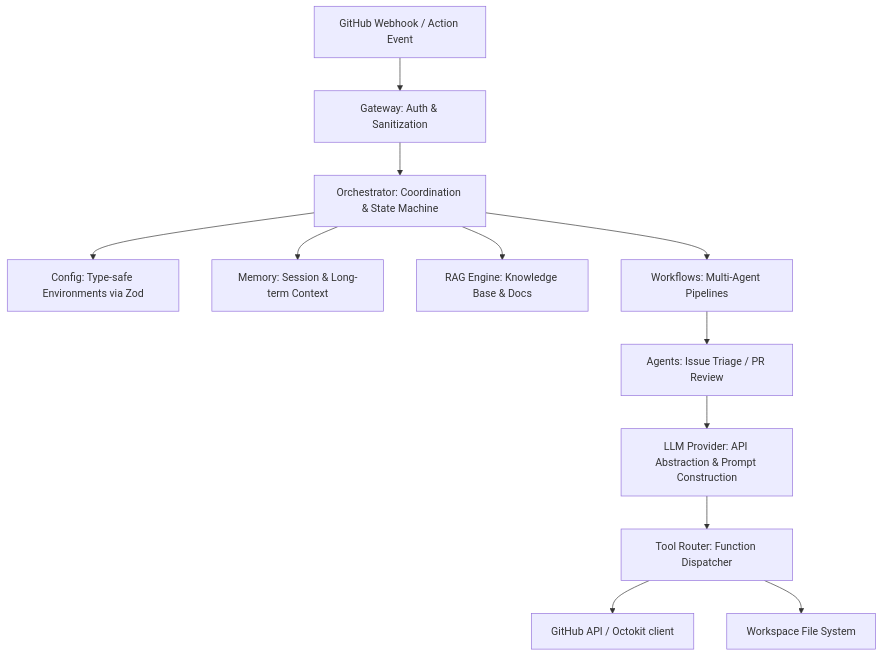
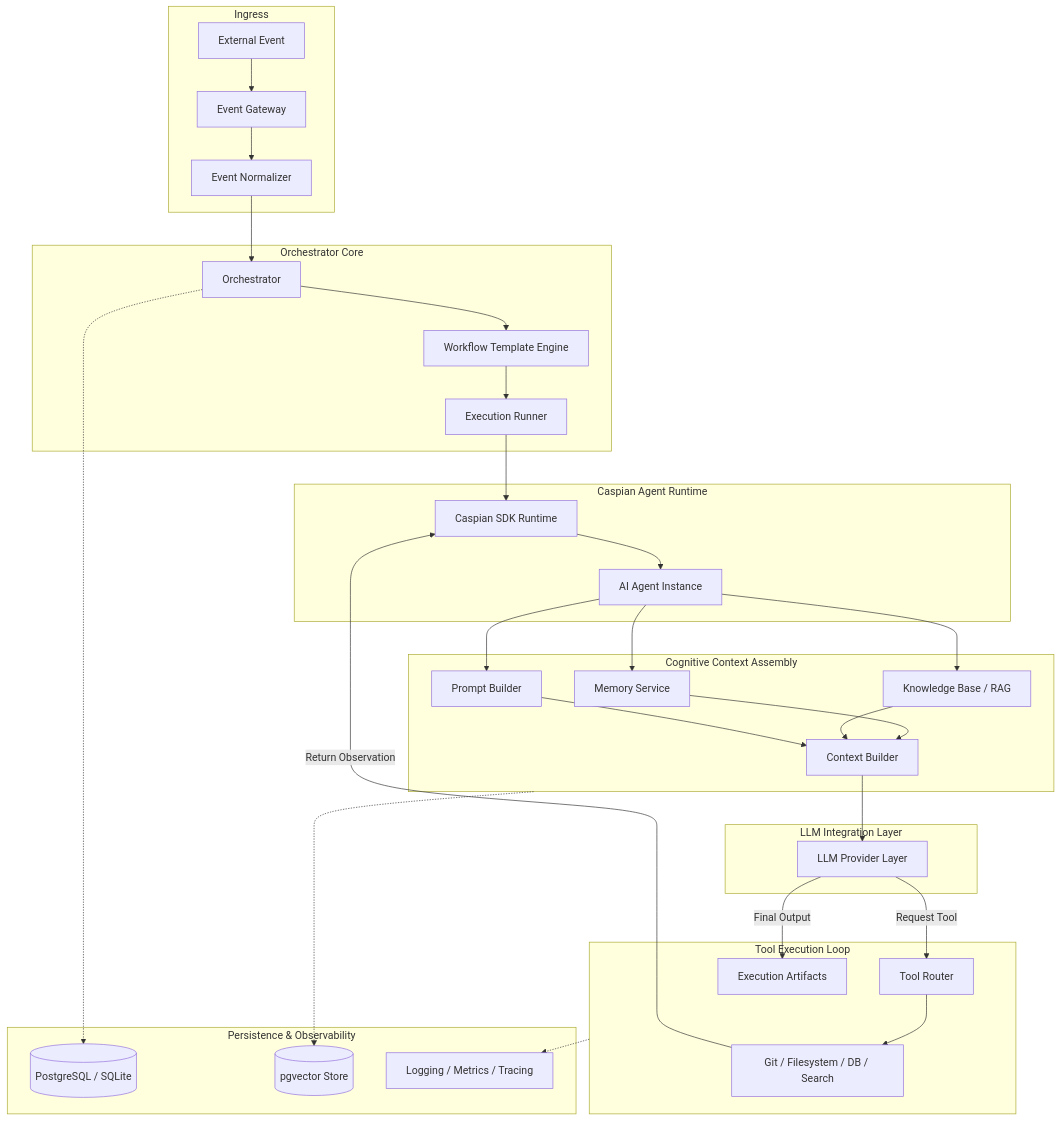
One commit to darkraider01/OSS-Maintainer-AI changed the second of 2 diagrams in README.md. Above: the diagram before and after it, drawn with Mermaid. The commit also changed other lines of this file, not shown here.

Commit message:
docs(repo): redesign architecture section with high-level and component diagrams

````diff
--- a/README.md
+++ b/README.md
@@ -50,21 +96,49 @@
 ```mermaid
 graph TD
-    %% Inbound / Platform entry points
-    GitHubEvent[GitHub Webhook / Action Event] --> Gateway[Gateway: Auth & Sanitization]
-    Gateway --> Orchestrator[Orchestrator: Coordination & State Machine]
+    subgraph Input [Ingress]
+        Event[External Event] --> Gateway[Event Gateway]
+        Gateway --> Normalizer[Event Normalizer]
+    end
 
-    %% Orchestrator sub-systems
-    Orchestrator --> Config[Config: Type-safe Environments via Zod]
-    Orchestrator --> Memory[Memory: Session & Long-term Context]
-    Orchestrator --> RAG[RAG Engine: Knowledge Base & Docs]
-    Orchestrator --> Workflows[Workflows: Multi-Agent Pipelines]
+    subgraph Orchestration [Orchestrator Core]
+        Normalizer --> Orchestrator[Orchestrator]
+        Orchestrator --> Workflows[Workflow Template Engine]
+        Workflows --> Executions[Execution Runner]
+    end
 
-    %% Workflows and execution
-    Workflows --> Agents[Agents: Issue Triage / PR Review]
-    Agents --> LLMProvider[LLM Provider: API Abstraction & Prompt Construction]
-    LLMProvider --> ToolRouter[Tool Router: Function Dispatcher]
+    subgraph AgentRuntime [Caspian Agent Runtime]
+        Executions --> CaspianSDK[Caspian SDK Runtime]
+        CaspianSDK --> Agents[AI Agent Instance]
+    end
 
-    %% External tools execution
-    ToolRouter --> GitHubClient[GitHub API / Octokit client]
-    ToolRouter --> LocalWorkspace[Workspace File System]
+    subgraph Context [Cognitive Context Assembly]
+        Agents --> Memory[Memory Service]
+        Agents --> Knowledge[Knowledge Base / RAG]
+        Agents --> Prompts[Prompt Builder]
+        
+        Memory --> ContextBuilder[Context Builder]
+        Knowledge --> ContextBuilder
+        Prompts --> ContextBuilder
+    end
+
+    subgraph Model [LLM Integration Layer]
+        ContextBuilder --> LLM[LLM Provider Layer]
+    end
+
+    subgraph ExecutionLoop [Tool Execution Loop]
+        LLM -- Request Tool --> Router[Tool Router]
+        Router --> LocalTools[Git / Filesystem / DB / Search]
+        LocalTools -- Return Observation --> CaspianSDK
+        LLM -- Final Output --> Artifacts[Execution Artifacts]
+    end
+
+    subgraph DB [Persistence & Observability]
+        Relational[(PostgreSQL / SQLite)]
+        Vector[(pgvector Store)]
+        Obs[Logging / Metrics / Tracing]
+    end
+
+    Orchestrator -.-> Relational
+    Context -.-> Vector
+    ExecutionLoop -.-> Obs
 ```
````
